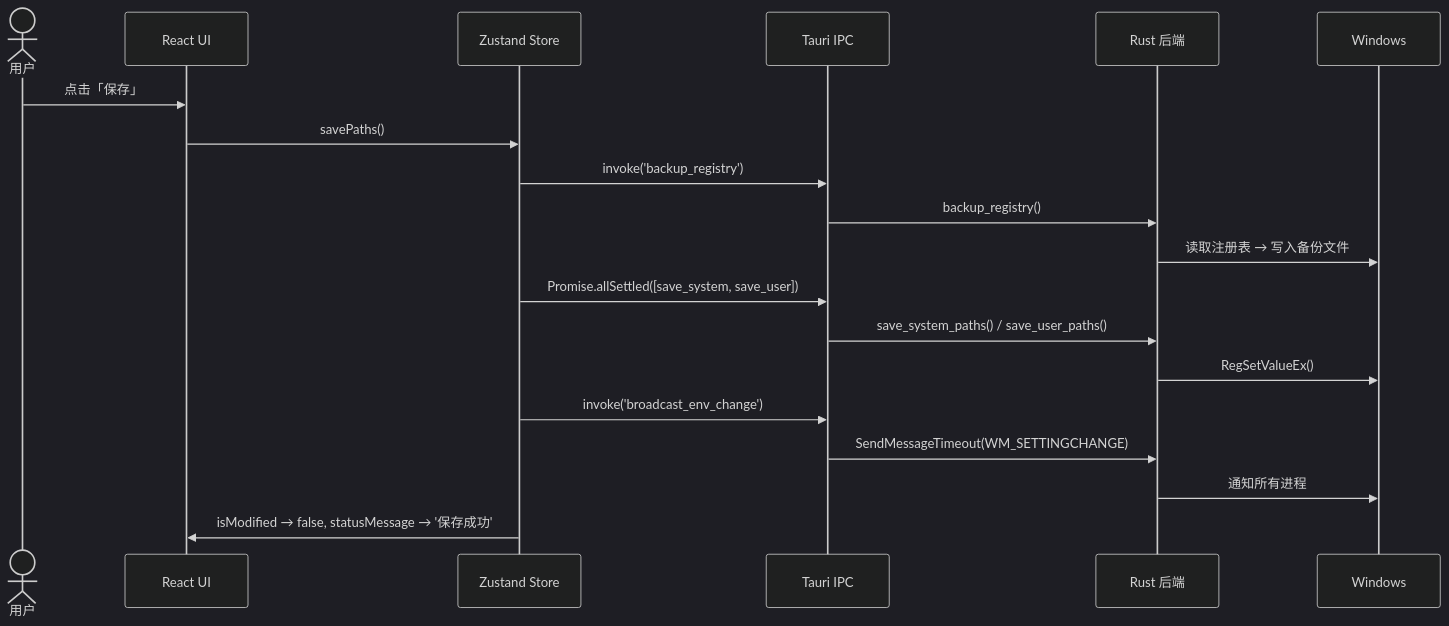
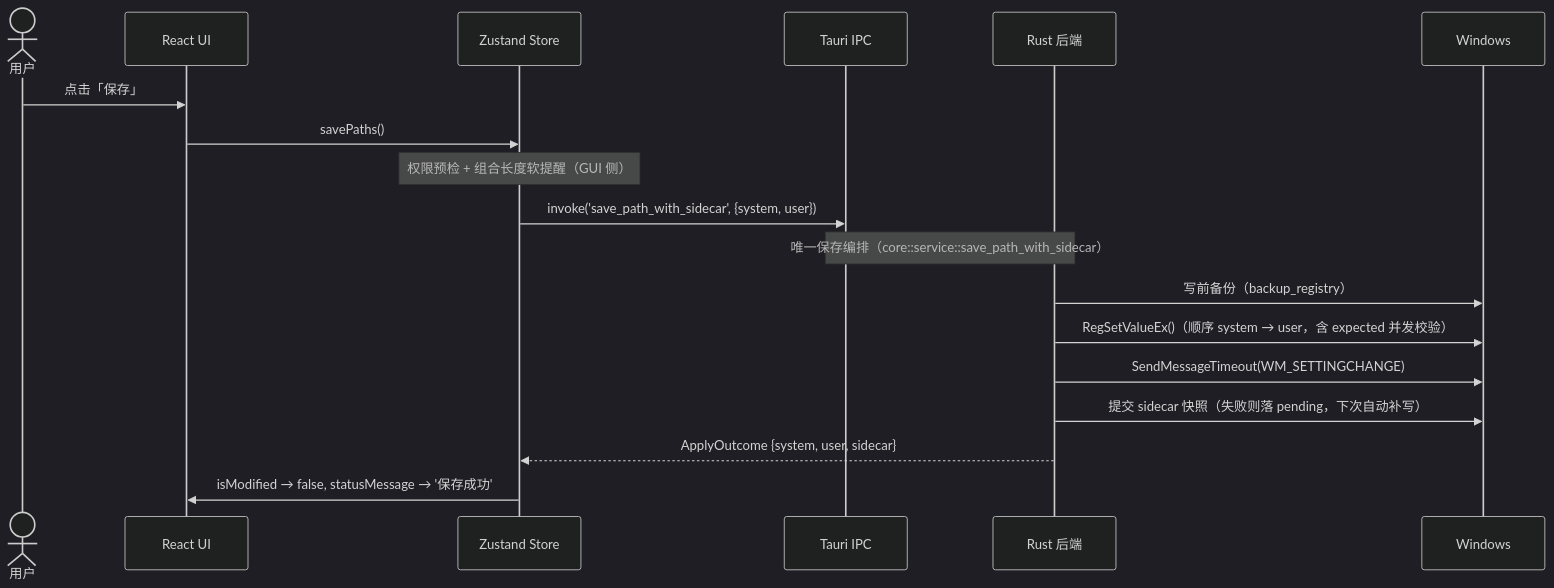
Before and after one commit to LHY0125/PathEditor: the third of 4 diagrams in README.md, drawn with Mermaid (dark theme). The commit also changed other lines of this file and 3 other files, not shown here.

````diff
--- a/README.md
+++ b/README.md
@@ -124,22 +124,21 @@
 ```mermaid
 sequenceDiagram
     actor U as 用户
     participant UI as React UI
     participant Z as Zustand Store
     participant IPC as Tauri IPC
     participant R as Rust 后端
     participant Win as Windows
 
     U->>UI: 点击「保存」
     UI->>Z: savePaths()
-    Z->>IPC: invoke('backup_registry')
-    IPC->>R: backup_registry()
-    R->>Win: 读取注册表 → 写入备份文件
-    Z->>IPC: Promise.allSettled([save_system, save_user])
-    IPC->>R: save_system_paths() / save_user_paths()
-    R->>Win: RegSetValueEx()
-    Z->>IPC: invoke('broadcast_env_change')
-    IPC->>R: SendMessageTimeout(WM_SETTINGCHANGE)
-    R->>Win: 通知所有进程
+    Note over Z: 权限预检 + 组合长度软提醒（GUI 侧）
+    Z->>IPC: invoke('save_path_with_sidecar', {system, user})
+    Note over IPC,R: 唯一保存编排（core::service::save_path_with_sidecar）
+    R->>Win: 写前备份（backup_registry）
+    R->>Win: RegSetValueEx()（顺序 system → user，含 expected 并发校验）
+    R->>Win: SendMessageTimeout(WM_SETTINGCHANGE)
+    R->>Win: 提交 sidecar 快照（失败则落 pending，下次自动补写）
+    R-->>Z: ApplyOutcome {system, user, sidecar}
     Z->>UI: isModified → false, statusMessage → '保存成功'
 ```
````
